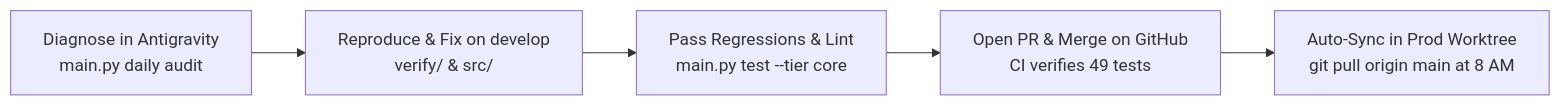
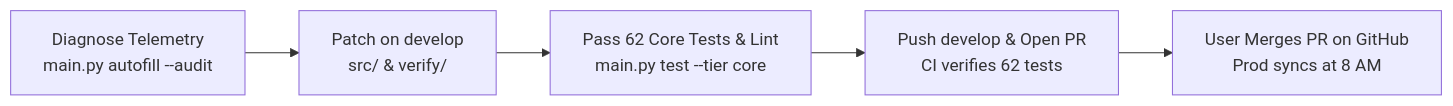
Before and after one commit to manjunathk833/linkedin-automator: the diagram in docs/PRODUCTION_OPERATIONS_GUIDE.md, drawn with Mermaid. The commit also changed other lines of this file and 6 other files, not shown here.

Commit message:
docs: synchronize all 7 core documentation guides with Milestone 64/65 architecture

````diff
--- a/docs/PRODUCTION_OPERATIONS_GUIDE.md
+++ b/docs/PRODUCTION_OPERATIONS_GUIDE.md
@@ -119,7 +69,7 @@
 ```mermaid
 graph LR
-    A[Diagnose in Antigravity<br/>main.py daily audit] --> B[Reproduce & Fix on develop<br/>verify/ & src/]
-    B --> C[Pass Regressions & Lint<br/>main.py test --tier core]
-    C --> D[Open PR & Merge on GitHub<br/>CI verifies 49 tests]
-    D --> E[Auto-Sync in Prod Worktree<br/>git pull origin main at 8 AM]
+    A["Diagnose Telemetry<br/>main.py autofill --audit"] --> B["Patch on develop<br/>src/ & verify/"]
+    B --> C["Pass 62 Core Tests & Lint<br/>main.py test --tier core"]
+    C --> D["Push develop & Open PR<br/>CI verifies 62 tests"]
+    D --> E["User Merges PR on GitHub<br/>Prod syncs at 8 AM"]
 ```
````
